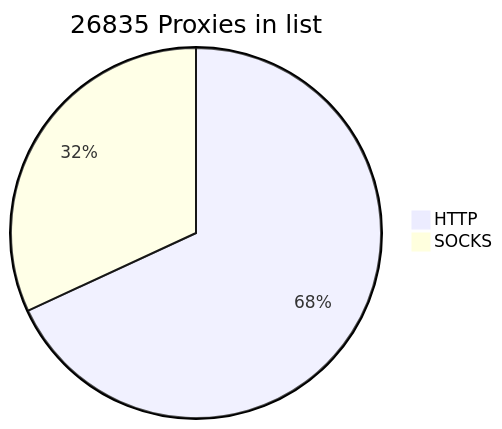
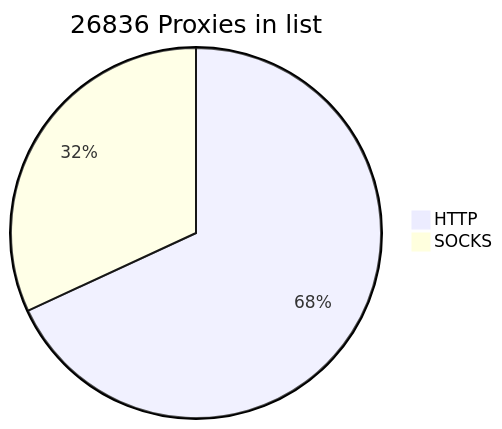
One commit to BlackSnowDot/proxylist-update-every-minute changed the diagram in README.md. Above: the diagram before and after it, drawn with Mermaid. The commit also changed other lines of this file, not shown here.

````diff
--- a/README.md
+++ b/README.md
@@ -2,5 +2,5 @@
 ```mermaid
-pie title 26835 Proxies in list
+pie title 26836 Proxies in list
     "HTTP" : 17540
     "SOCKS" : 8215
 ```
````
